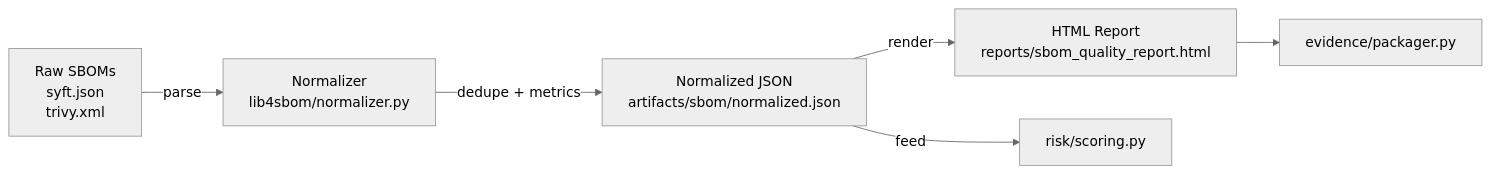
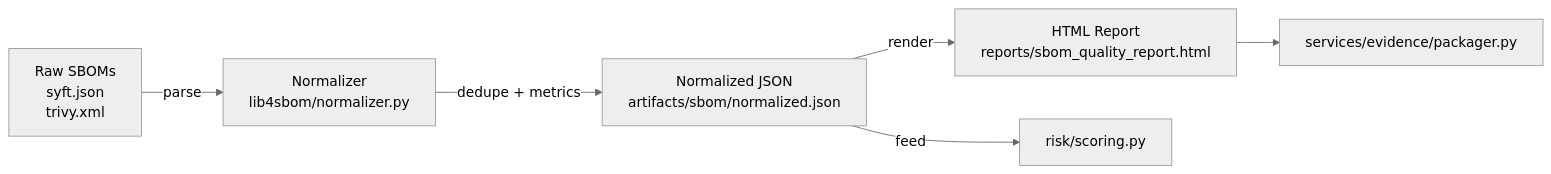
Before and after one commit to DevOpsMadDog/Fixops: the third of 18 diagrams in readme_updated.md, drawn with Mermaid (neutral theme). The commit also changed other lines of this file and 19 other files, not shown here.

Commit message:
Refactor crosswalk services and evidence lifecycle

````diff
--- a/readme_updated.md
+++ b/readme_updated.md
@@ -303,8 +303,8 @@
 ```mermaid
 flowchart LR
     In1["Raw SBOMs<br/>syft.json<br/>trivy.xml"] -->|parse| P1["Normalizer<br/>lib4sbom/normalizer.py"]
     P1 -->|dedupe + metrics| P2["Normalized JSON<br/>artifacts/sbom/normalized.json"]
     P2 -->|render| P3["HTML Report<br/>reports/sbom_quality_report.html"]
     P2 -->|feed| Risk["risk/scoring.py"]
-    P3 --> Evidence["evidence/packager.py"]
+    P3 --> Evidence["services/evidence/packager.py"]
 ```
````
